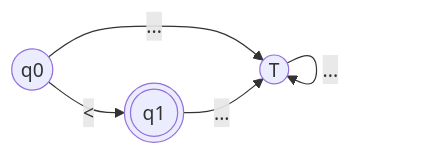
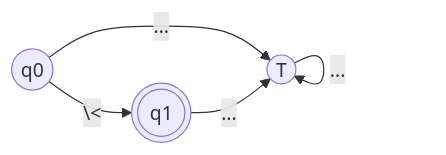
Diagram 28 of 34 in docs/regexp-afd.md (martinstanicio/tinylang), drawn with Mermaid before and after one commit. The commit also changed other lines of this file, not shown here.

Commit message:
escapar caracteres especiales en los diagramas de estado

````diff
--- a/docs/regexp-afd.md
+++ b/docs/regexp-afd.md
@@ -527,9 +527,9 @@
 ```mermaid
 flowchart LR
     q0(("q0"))
     q1((("q1")))
     T(("T"))
 
-    q0 -- "<" --> q1
+    q0 -- "\<" --> q1
     q0 & q1 & T -- "..." --> T
 ```
````
